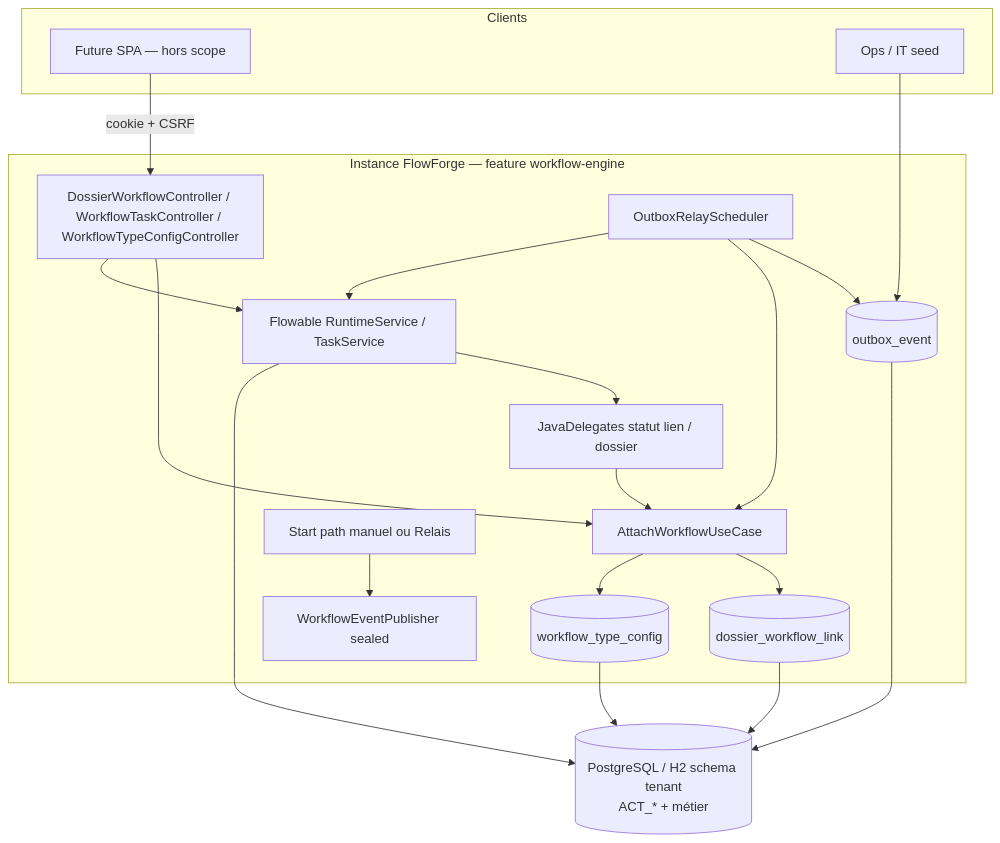
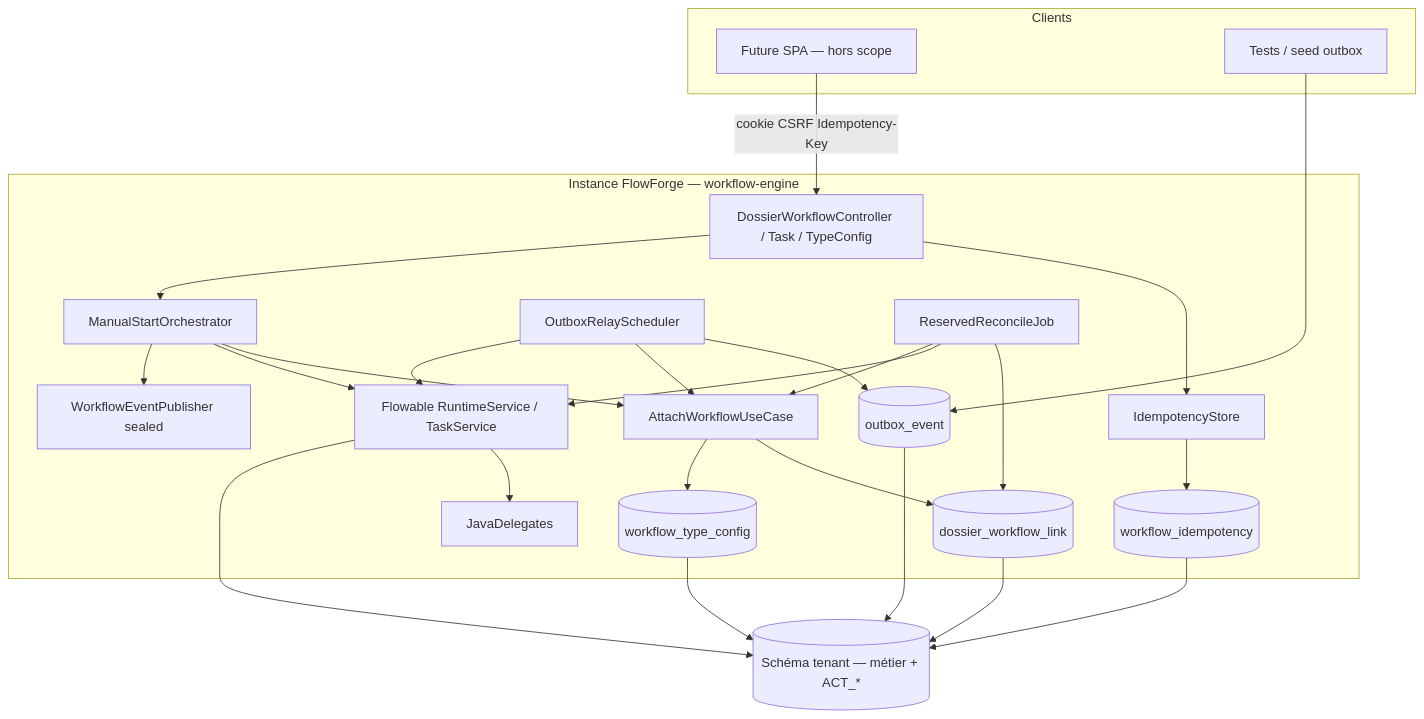
The first of 2 diagrams in docs/ai/design/2026-07-31-feature-workflow-engine.md (superjojo79/Myrmacta), drawn with Mermaid before and after one commit. The commit also changed other lines of this file and 2 other files, not shown here.

First line of the commit message:
docs(workflow-engine): close phase 2 + draft design phase 3

````diff
--- a/docs/ai/design/2026-07-31-feature-workflow-engine.md
+++ b/docs/ai/design/2026-07-31-feature-workflow-engine.md
@@ -20,38 +19,48 @@
 ```mermaid
 flowchart TB
   subgraph clients["Clients"]
     SPA[Future SPA — hors scope]
-    OPS[Ops / IT seed]
+    SEED[Tests / seed outbox]
   end
 
-  subgraph app["Instance FlowForge — feature workflow-engine"]
-    API[DossierWorkflowController / WorkflowTaskController / WorkflowTypeConfigController]
+  subgraph app["Instance FlowForge — workflow-engine"]
+    API[DossierWorkflowController / Task / TypeConfig]
+    IDEM[IdempotencyStore]
+    ORCH[ManualStartOrchestrator]
     ATT[AttachWorkflowUseCase]
-    START[Start path manuel ou Relais]
     RELAY[OutboxRelayScheduler]
-    OUTBOX[(outbox_event)]
+    ORPH[ReservedReconcileJob]
+    OX[(outbox_event)]
     LINK[(dossier_workflow_link)]
+    IDEMT[(workflow_idempotency)]
     CFG[(workflow_type_config)]
     FL[Flowable RuntimeService / TaskService]
-    DEL[JavaDelegates statut lien / dossier]
+    DEL[JavaDelegates]
     EVT[WorkflowEventPublisher sealed]
-    API --> ATT
-    API --> FL
-    RELAY --> OUTBOX
+
+    API --> IDEM
+    API --> ORCH
+    ORCH --> ATT
+    ORCH --> FL
+    ORCH --> EVT
+    RELAY --> OX
     RELAY --> ATT
     RELAY --> FL
+    ORPH --> LINK
+    ORPH --> FL
+    ORPH --> ATT
     ATT --> LINK
     ATT --> CFG
     FL --> DEL
-    DEL --> ATT
-    START --> EVT
+    IDEM --> IDEMT
   end
 
-  DB[(PostgreSQL / H2 schema tenant<br/>ACT_* + métier)]
-  SPA -->|cookie + CSRF| API
-  OPS --> OUTBOX
+  DB[(Schéma tenant — métier + ACT_*)]
+  SPA -->|cookie CSRF Idempotency-Key| API
+  SEED --> OX
   LINK --> DB
-  OUTBOX --> DB
+  OX --> DB
   CFG --> DB
+  IDEMT --> DB
   FL --> DB
 ```
````
